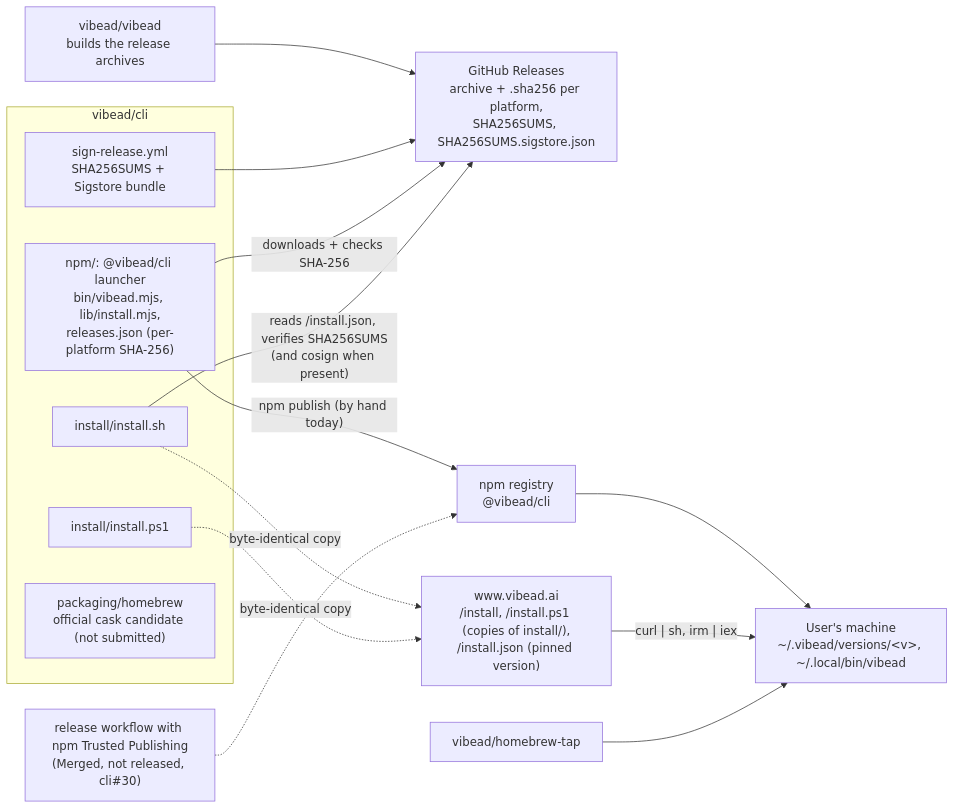
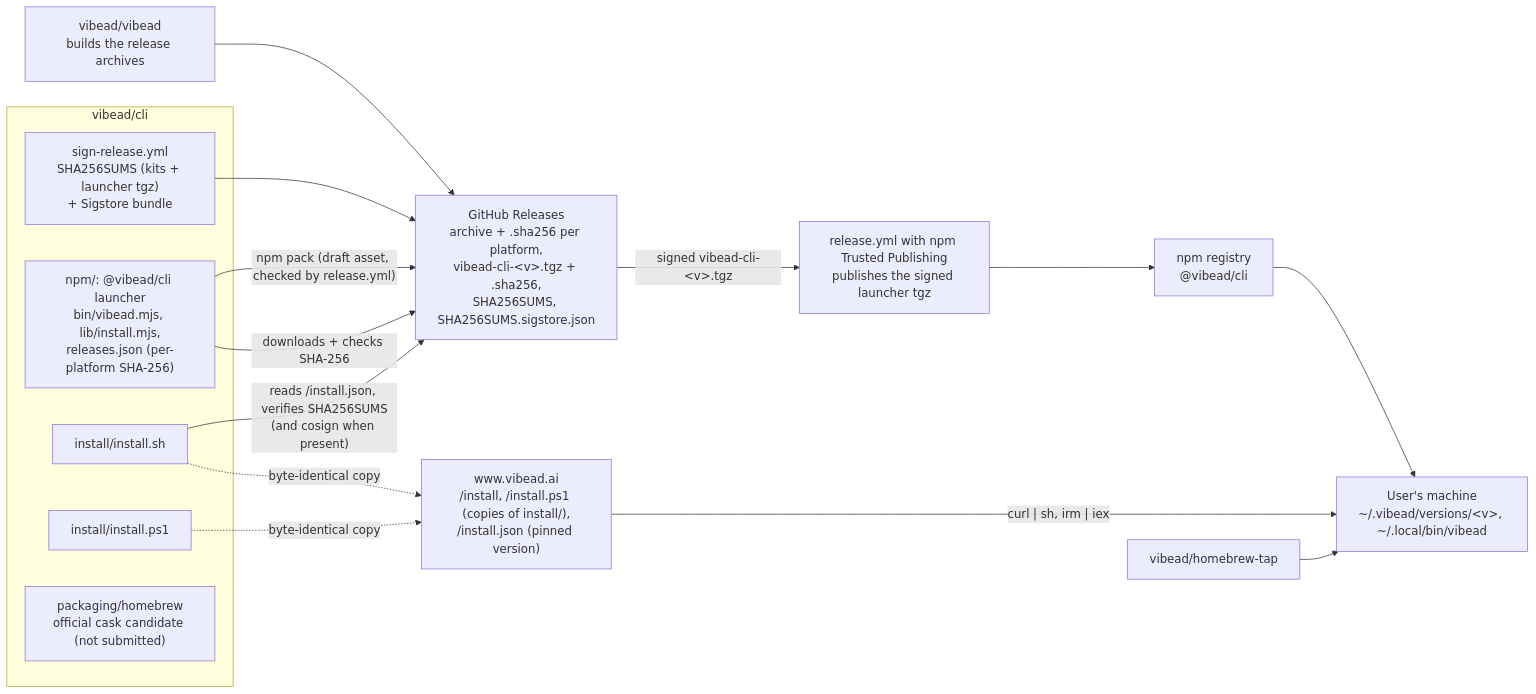
One commit to vibead/cli changed the first of 2 diagrams in docs/system-design/README.md. Above: the diagram before and after it, drawn with Mermaid. The commit also changed other lines of this file and 4 other files, not shown here.

First line of the commit message:
release: sign the launcher tgz in SHA256SUMS and publish that signed tgz to npm (REL-2)

````diff
--- a/docs/system-design/README.md
+++ b/docs/system-design/README.md
@@ -19,30 +19,31 @@
 ```mermaid
 flowchart LR
   subgraph Repo["vibead/cli"]
     NPM["npm/: @vibead/cli launcher<br/>bin/vibead.mjs, lib/install.mjs,<br/>releases.json (per-platform SHA-256)"]
     SH["install/install.sh"]
     PS["install/install.ps1"]
-    Sign["sign-release.yml<br/>SHA256SUMS + Sigstore bundle"]
+    Sign["sign-release.yml<br/>SHA256SUMS (kits + launcher tgz)<br/>+ Sigstore bundle"]
     Cask["packaging/homebrew<br/>official cask candidate (not submitted)"]
   end
   Src["vibead/vibead<br/>builds the release archives"]
-  Rel["GitHub Releases<br/>archive + .sha256 per platform,<br/>SHA256SUMS, SHA256SUMS.sigstore.json"]
+  Rel["GitHub Releases<br/>archive + .sha256 per platform,<br/>vibead-cli-&lt;v&gt;.tgz + .sha256,<br/>SHA256SUMS, SHA256SUMS.sigstore.json"]
   Reg["npm registry<br/>@vibead/cli"]
   Tap["vibead/homebrew-tap"]
   Site["www.vibead.ai<br/>/install, /install.ps1 (copies of install/),<br/>/install.json (pinned version)"]
   User["User's machine<br/>~/.vibead/versions/&lt;v&gt;, ~/.local/bin/vibead"]
-  TP["release workflow with npm Trusted Publishing<br/>(Merged, not released, cli#30)"]
+  TP["release.yml with npm Trusted Publishing<br/>publishes the signed launcher tgz"]
 
   Src --> Rel
   Sign --> Rel
-  NPM -- "npm publish (by hand today)" --> Reg
-  TP -.-> Reg
+  NPM -- "npm pack (draft asset, checked by release.yml)" --> Rel
+  Rel -- "signed vibead-cli-&lt;v&gt;.tgz" --> TP
+  TP --> Reg
   Reg --> User
   NPM -- "downloads + checks SHA-256" --> Rel
   Site -- "curl | sh, irm | iex" --> User
   SH -. "byte-identical copy" .-> Site
   PS -. "byte-identical copy" .-> Site
   SH -- "reads /install.json, verifies SHA256SUMS<br/>(and cosign when present)" --> Rel
   Tap --> User
   classDef planned stroke-dasharray: 5 5,fill:#fafafa,color:#555
 ```
````
